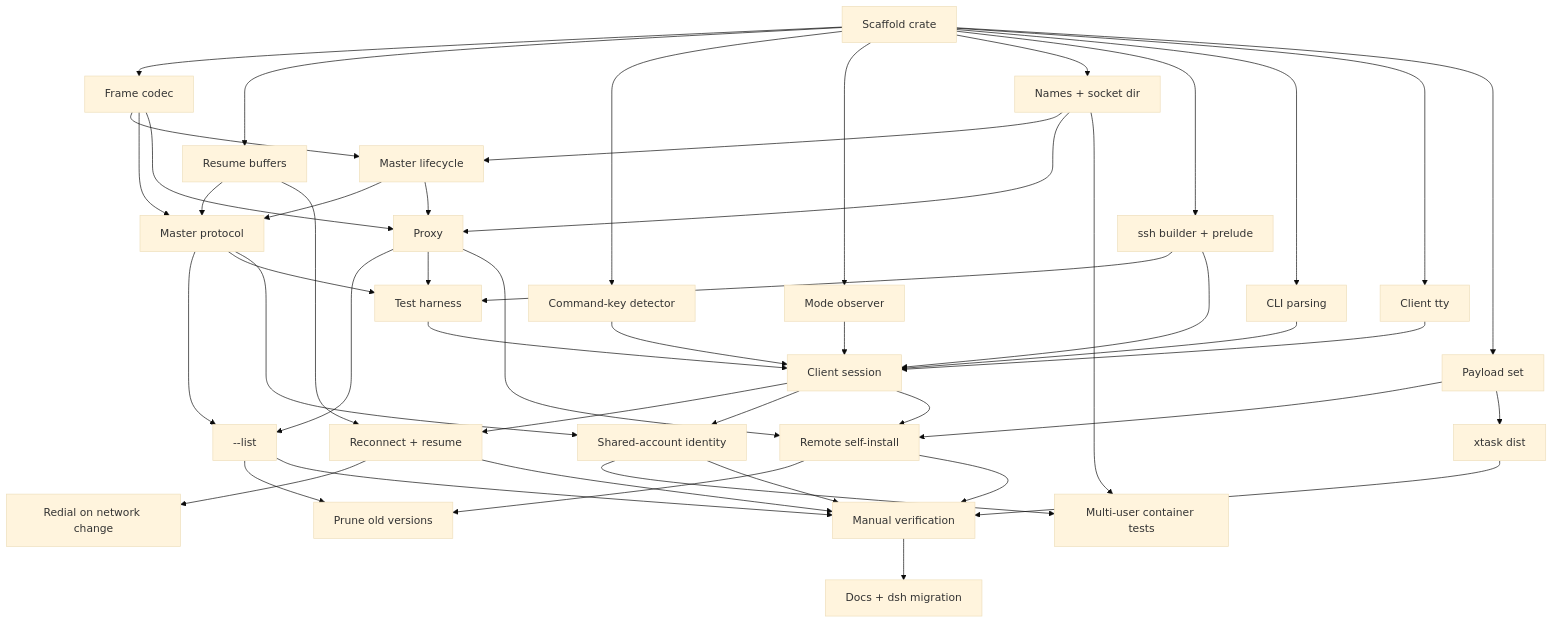
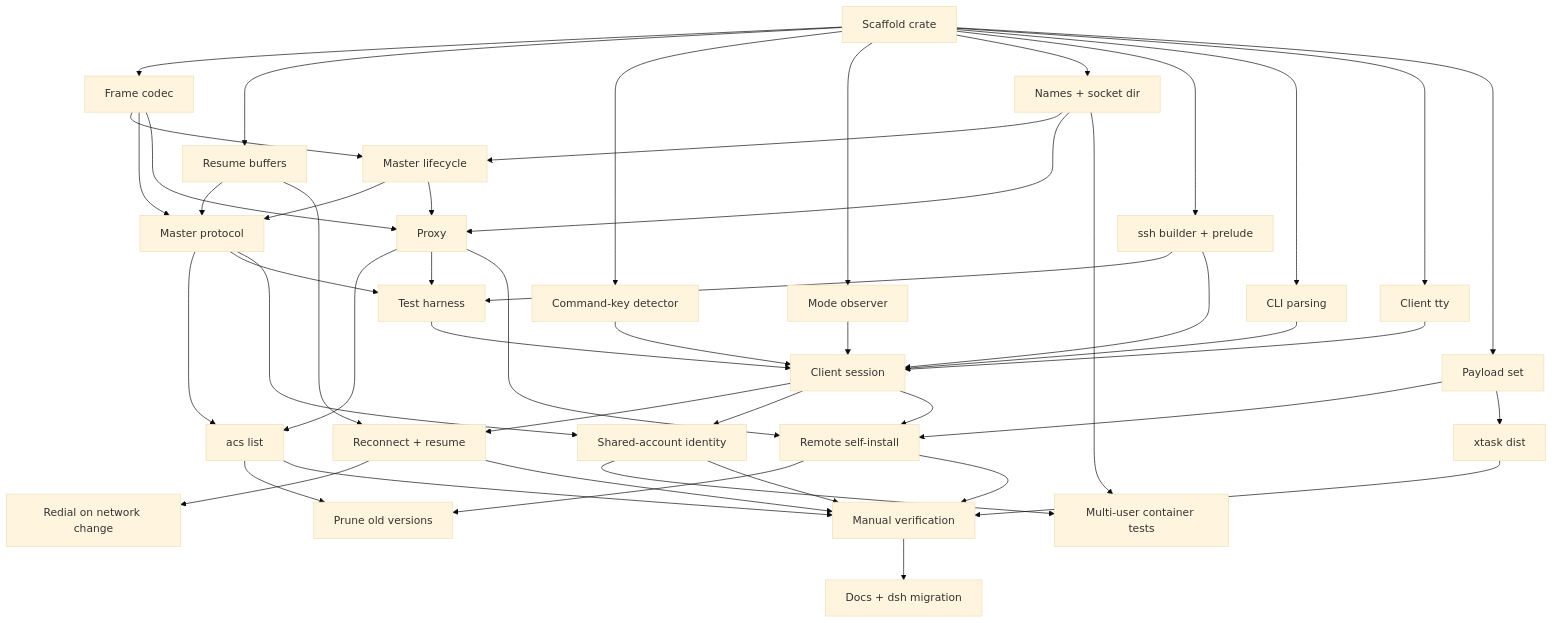
Before and after one commit to michel-onstein/acs: the fourth of 4 diagrams in docs/DESIGN.md, drawn with Mermaid (base theme). The commit also changed other lines of this file and 15 other files, not shown here.

````diff
--- a/docs/DESIGN.md
+++ b/docs/DESIGN.md
@@ -1223,27 +1229,27 @@
 ```mermaid
 flowchart TD
     S1[Scaffold crate] --> P1[Frame codec]
     S1 --> P2[Resume buffers]
     S1 --> P3[Command-key detector]
     S1 --> P4[Mode observer]
     S1 --> P5[Names + socket dir]
     S1 --> P6[ssh builder + prelude]
     S1 --> P7[CLI parsing]
     S1 --> C1[Client tty]
     S1 --> I1[Payload set]
     P1 & P5 --> M1[Master lifecycle]
     M1 & P1 & P2 --> M2[Master protocol]
     P1 & P5 & M1 --> X1[Proxy]
-    M2 & X1 --> X2["--list"]
+    M2 & X1 --> X2["acs list"]
     X1 & M2 & P6 --> T1[Test harness]
     T1 & C1 & P3 & P4 & P6 & P7 --> C2[Client session]
     C2 & P2 --> C3[Reconnect + resume]
     C3 --> C4[Redial on network change]
     C2 & M2 --> U1[Shared-account identity]
     U1 & P5 --> U2[Multi-user container tests]
     I1 & C2 & X1 --> I2[Remote self-install]
     I2 & X2 --> I3[Prune old versions]
     I1 --> I4[xtask dist]
     C3 & U1 & I2 & I4 & X2 --> V1[Manual verification]
     V1 --> D1[Docs + dsh migration]
 ```
````
